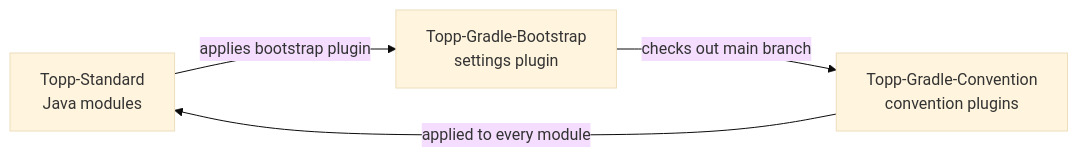
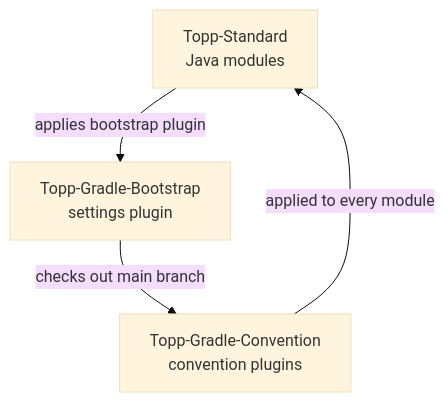
The diagram in README.md (sabroe/Topp-Standard), drawn with Mermaid (base theme) before and after one commit.

Commit message:
Drew readme diagram top to bottom, clear of GitHub's diagram controls.

````diff
--- a/README.md
+++ b/README.md
@@ -120,6 +120,6 @@
 ```mermaid
-flowchart LR
+flowchart TB
     S["Topp-Standard<br/>Java modules"] -->|applies bootstrap plugin| B["Topp-Gradle-Bootstrap<br/>settings plugin"]
     B -->|checks out main branch| C["Topp-Gradle-Convention<br/>convention plugins"]
     C -->|applied to every module| S
 ```
````
